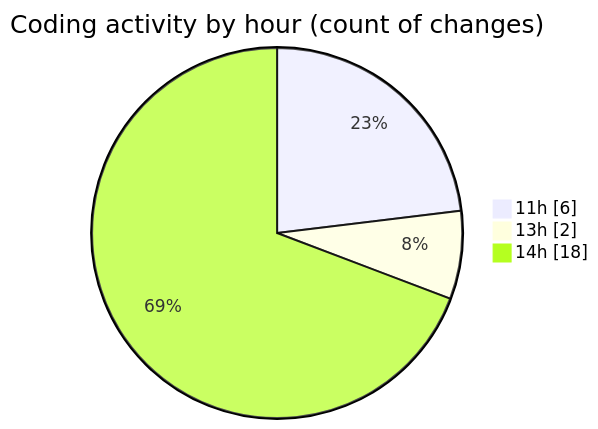
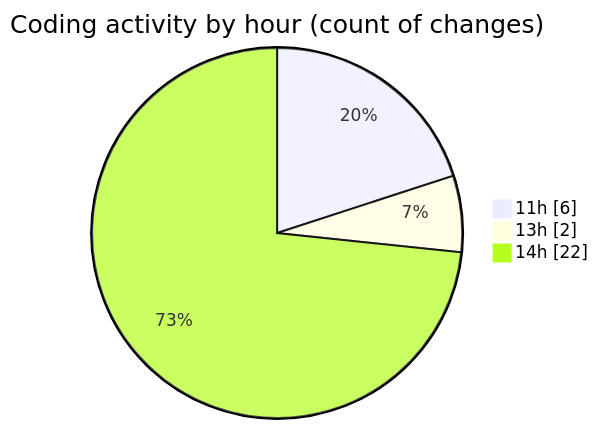
One commit to nxtqubesakshisongat/code-tracking changed the second of 2 diagrams in 2025-06-07/nxtqube_webapp/README.md. Above: the diagram before and after it, drawn with Mermaid. The commit also changed other lines of this file and 1 other file, not shown here.

````diff
--- a/2025-06-07/nxtqube_webapp/README.md
+++ b/2025-06-07/nxtqube_webapp/README.md
@@ -32,7 +32,7 @@
 ```mermaid
 pie showData
 title Coding activity by hour (count of changes)
 "11h" : 6
 "13h" : 2
-"14h" : 18
+"14h" : 22
 ```
````
